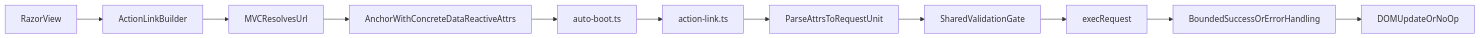
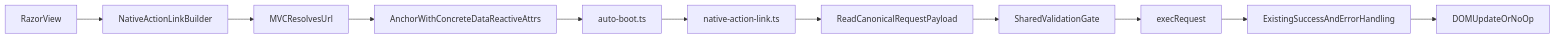
Before and after one commit to marafiq/alis-reactive: the diagram in issues/008-actionlink-one-request-chain-needs-an-explicit-semantic-contract.md, drawn with Mermaid. The commit also changed other lines of this file and 20 other files, not shown here.

First line of the commit message:
feat: add NativeActionLink vertical slice and issue 008 spec

````diff
--- a/issues/008-actionlink-one-request-chain-needs-an-explicit-semantic-contract.md
+++ b/issues/008-actionlink-one-request-chain-needs-an-explicit-semantic-contract.md
@@ -182,13 +295,13 @@
 ```mermaid
 flowchart LR
-  razor[RazorView] --> builder[ActionLinkBuilder]
+  razor[RazorView] --> builder[NativeActionLinkBuilder]
   builder --> mvc[MVCResolvesUrl]
   mvc --> html[AnchorWithConcreteDataReactiveAttrs]
   html --> boot[auto-boot.ts]
-  boot --> delegate[action-link.ts]
-  delegate --> parse[ParseAttrsToRequestUnit]
+  boot --> delegate[native-action-link.ts]
+  delegate --> parse[ReadCanonicalRequestPayload]
   parse --> gate[SharedValidationGate]
   gate --> exec[execRequest]
-  exec --> handle[BoundedSuccessOrErrorHandling]
+  exec --> handle[ExistingSuccessAndErrorHandling]
   handle --> dom[DOMUpdateOrNoOp]
 ```
````
